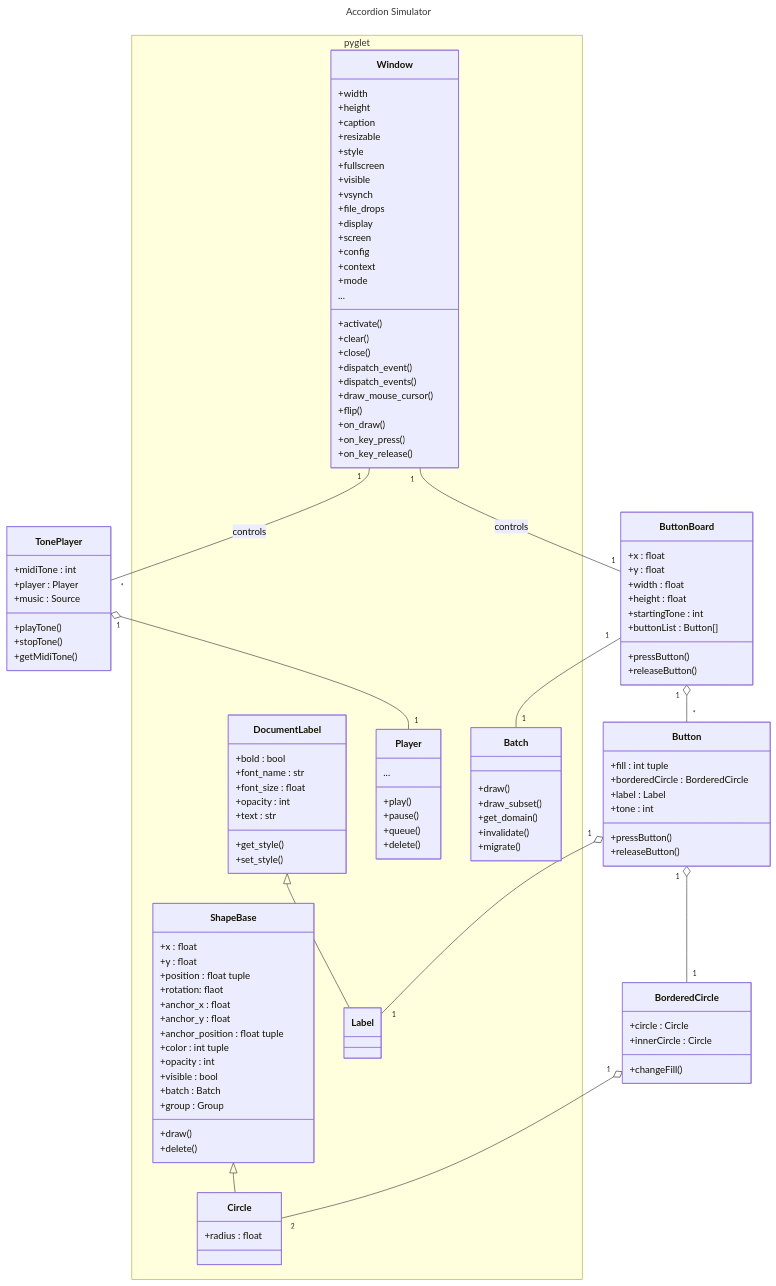
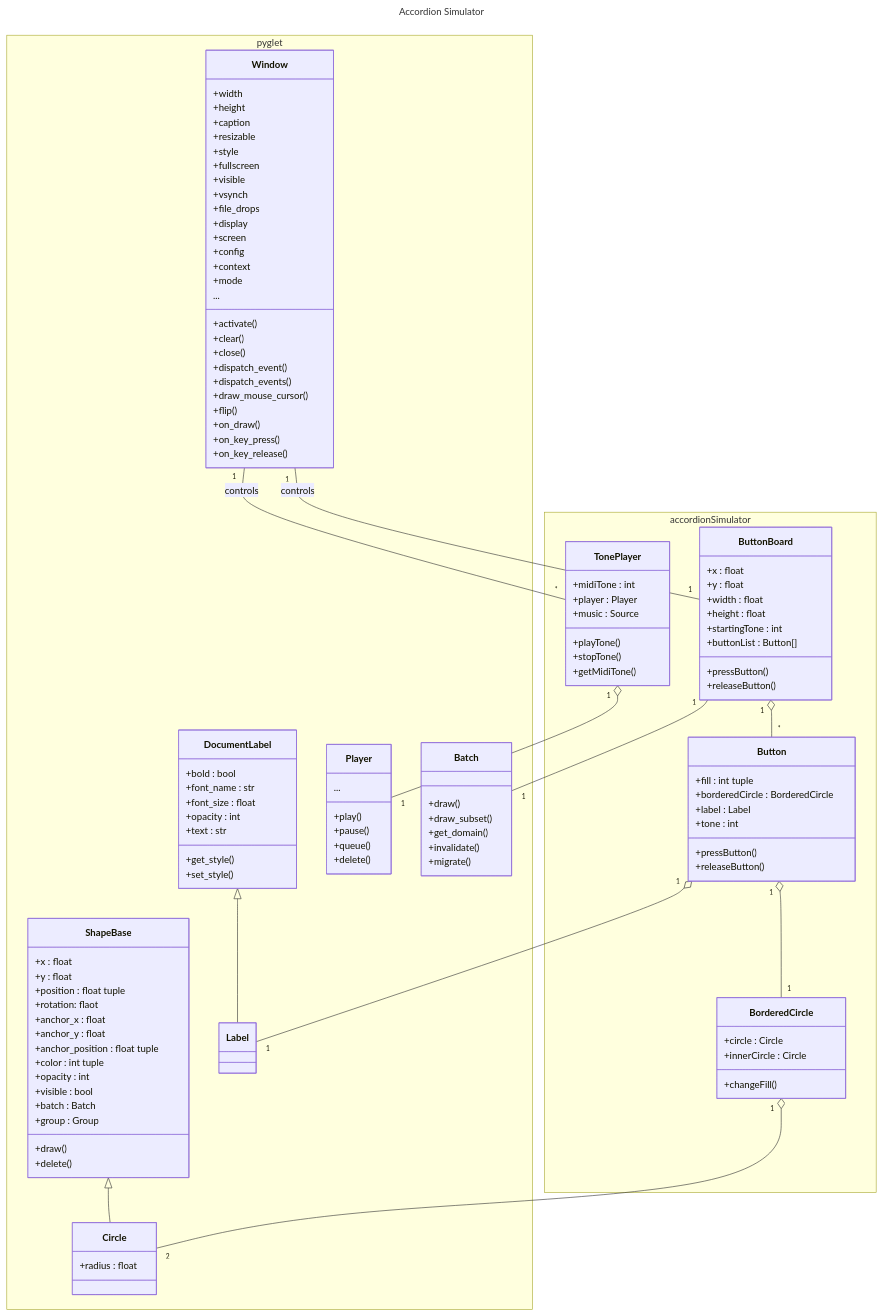
The third of 3 diagrams in README.md (Famondir/Music-Suite), drawn with Mermaid before and after one commit. The commit also changed other lines of this file, not shown here.

Commit message:
Adjusted mermaid class diagram

```diff
--- a/README.md
+++ b/README.md
@@ -90,39 +94,41 @@
     Window "1" -- "1" ButtonBoard : controls
     ButtonBoard "1" -- "1" Batch
 
-    class BorderedCircle {
-        +circle : Circle
-        +innerCircle : Circle
-        +changeFill()
-    }
-    
-    class Button {
-        +fill : int tuple
-        +borderedCircle : BorderedCircle
-        +label : Label
-        +tone : int
-        +pressButton()
-        +releaseButton()
-    }
+    namespace accordionSimulator {
+        class BorderedCircle {
+            +circle : Circle
+            +innerCircle : Circle
+            +changeFill()
+        }
+        
+        class Button {
+            +fill : int tuple
+            +borderedCircle : BorderedCircle
+            +label : Label
+            +tone : int
+            +pressButton()
+            +releaseButton()
+        }
 
-    class ButtonBoard {
-        +x : float
-        +y : float
-        +width : float
-        +height : float
-        +startingTone : int
-        +buttonList : Button[]
-        +pressButton()
-        +releaseButton()
-    }
+        class ButtonBoard {
+            +x : float
+            +y : float
+            +width : float
+            +height : float
+            +startingTone : int
+            +buttonList : Button[]
+            +pressButton()
+            +releaseButton()
+        }
 
-    class TonePlayer {
-        +midiTone : int
-        +player : Player
-        +music : Source
-        +playTone()
-        +stopTone()
-        +getMidiTone()
+        class TonePlayer {
+            +midiTone : int
+            +player : Player
+            +music : Source
+            +playTone()
+            +stopTone()
+            +getMidiTone()
+        }
     }
 
     namespace pyglet {
```
